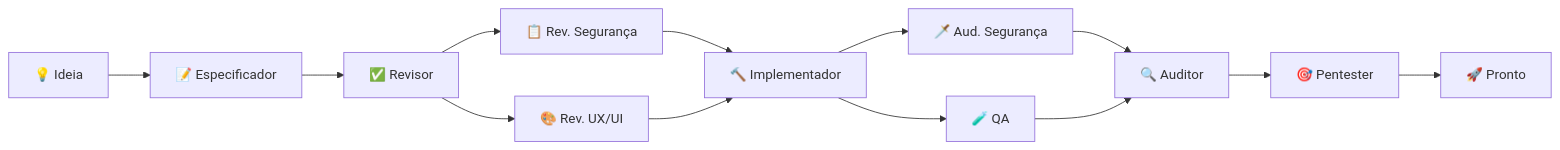
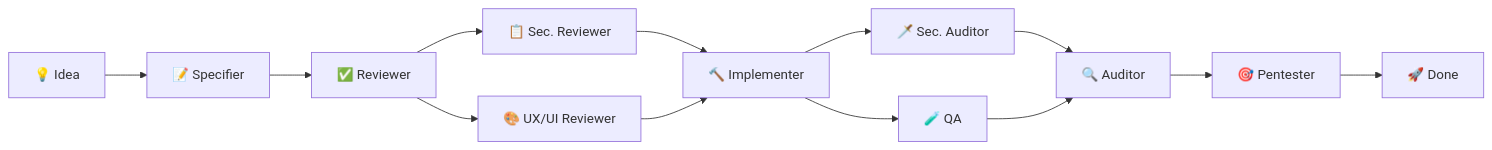
The diagram in README.md (andrelncampos/RightHandAI), drawn with Mermaid before and after one commit. The commit also changed other lines of this file and 4 other files, not shown here.

````diff
--- a/README.md
+++ b/README.md
@@ -135,15 +139,15 @@
 ```mermaid
 graph LR
-    IDEIA[💡 Ideia] --> SPEC[📝 Especificador]
-    SPEC --> REV[✅ Revisor]
-    REV --> SEG[📋 Rev. Segurança]
-    REV --> UX[🎨 Rev. UX/UI]
-    SEG --> IMPL[🔨 Implementador]
+    IDEA[💡 Idea] --> SPEC[📝 Specifier]
+    SPEC --> REV[✅ Reviewer]
+    REV --> SEC[📋 Sec. Reviewer]
+    REV --> UX[🎨 UX/UI Reviewer]
+    SEC --> IMPL[🔨 Implementer]
     UX --> IMPL
-    IMPL --> AUDSEG[🗡️ Aud. Segurança]
+    IMPL --> AUDSEC[🗡️ Sec. Auditor]
     IMPL --> QA[🧪 QA]
-    AUDSEG --> AUD[🔍 Auditor]
+    AUDSEC --> AUD[🔍 Auditor]
     QA --> AUD
     AUD --> PENTEST[🎯 Pentester]
-    PENTEST --> PRONTO[🚀 Pronto]
+    PENTEST --> DONE[🚀 Done]
 ```
````
